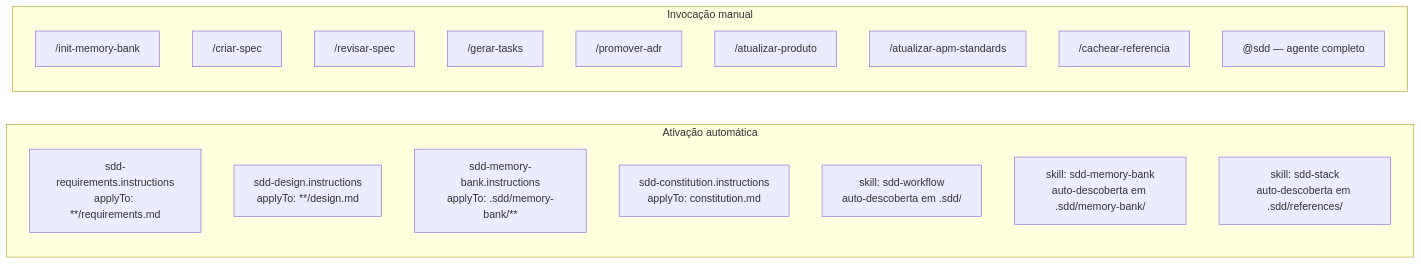
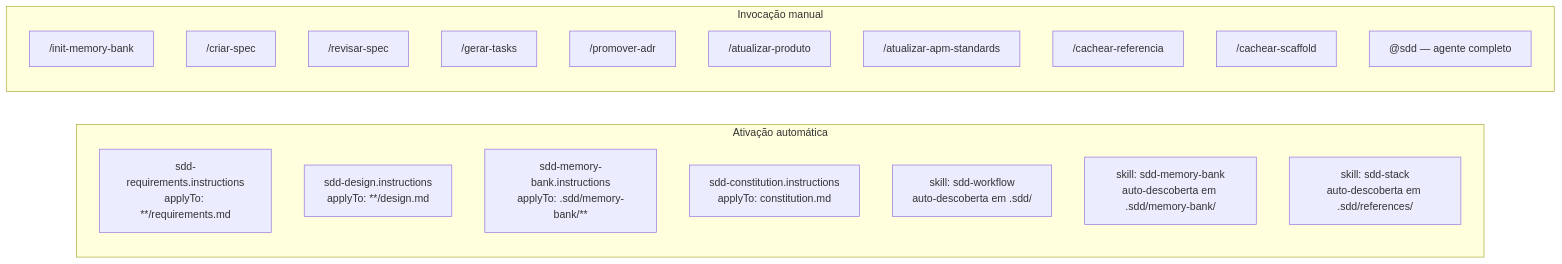
One commit to heandroro/sdd-framework changed the third of 3 diagrams in SDD-FLOW.md. Above: the diagram before and after it, drawn with Mermaid. The commit also changed other lines of this file and 2 other files, not shown here.

Commit message:
feat(apm): adicionar /cachear-scaffold com MCP do GitHub
- prompts/cachear-scaffold.prompt.md: analisa repo GitHub via MCP,
  extrai estrutura e padrões (stack, pastas, código, convenções),
  salva em .sdd/references/scaffold-<nome>.md e registra em architecture.md;
  guardrail de licença (somente MIT/Apache-2.0/ISC/BSD permissivas)
- apm.yml: declara io.github.github/github-mcp-server como dependência MCP
  com tools restrito a get_file_contents e search_code
- SDD-FLOW.md: adiciona /cachear-scaffold (P8) na tabela de primitivos
  e no diagrama de Primitivos APM

````diff
--- a/SDD-FLOW.md
+++ b/SDD-FLOW.md
@@ -160,24 +161,25 @@
 ```mermaid
 flowchart LR
     subgraph AUTO["Ativação automática"]
         I1["sdd-requirements.instructions<br/>applyTo: **/requirements.md"]
         I2["sdd-design.instructions<br/>applyTo: **/design.md"]
         I3["sdd-memory-bank.instructions<br/>applyTo: .sdd/memory-bank/**"]
         I4["sdd-constitution.instructions<br/>applyTo: constitution.md"]
         SK1["skill: sdd-workflow<br/>auto-descoberta em .sdd/"]
         SK2["skill: sdd-memory-bank<br/>auto-descoberta em .sdd/memory-bank/"]
         SK3["skill: sdd-stack<br/>auto-descoberta em .sdd/references/"]
     end
 
     subgraph MANUAL["Invocação manual"]
         P0["/init-memory-bank"]
         P1["/criar-spec"]
         P2["/revisar-spec"]
         P3["/gerar-tasks"]
         P4["/promover-adr"]
         P5["/atualizar-produto"]
         P6["/atualizar-apm-standards"]
         P7["/cachear-referencia"]
+        P8["/cachear-scaffold"]
         AG["@sdd — agente completo"]
     end
 ```
````
